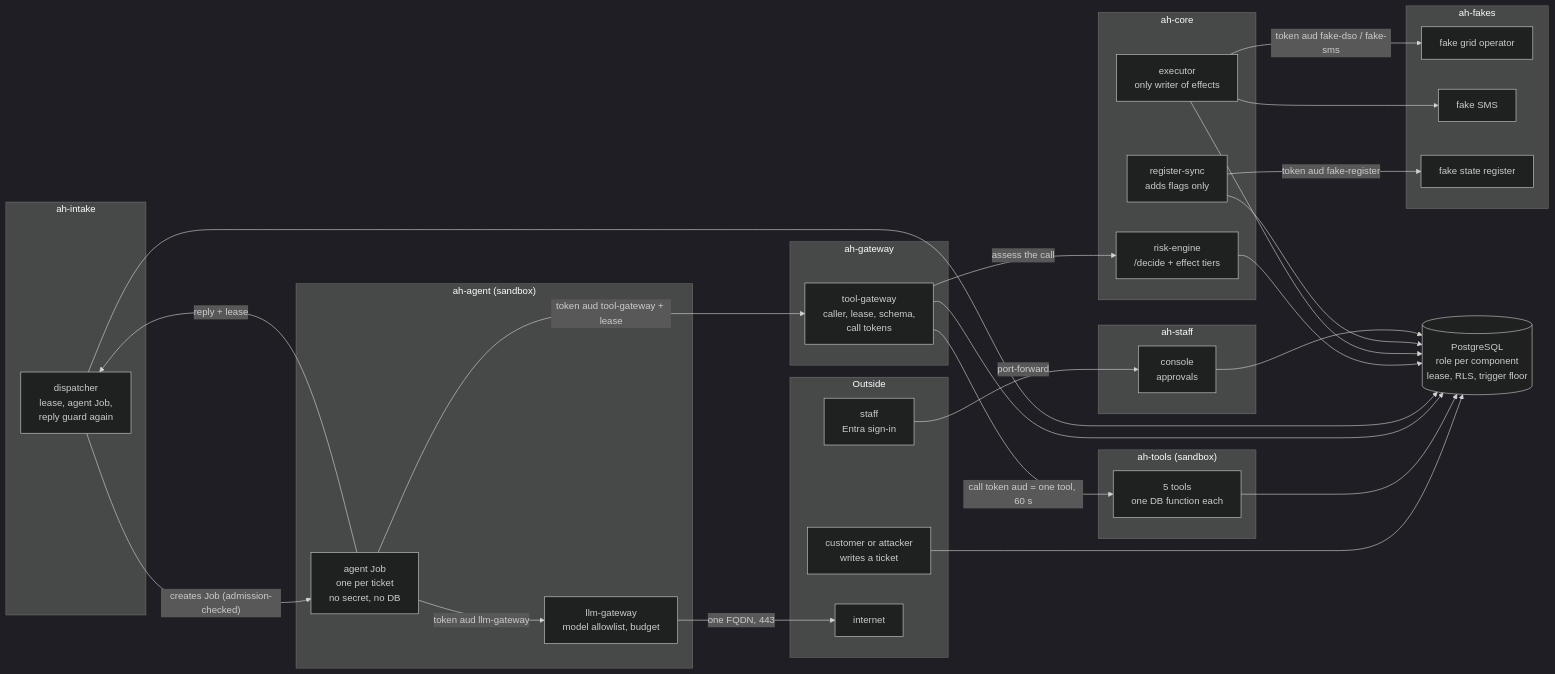
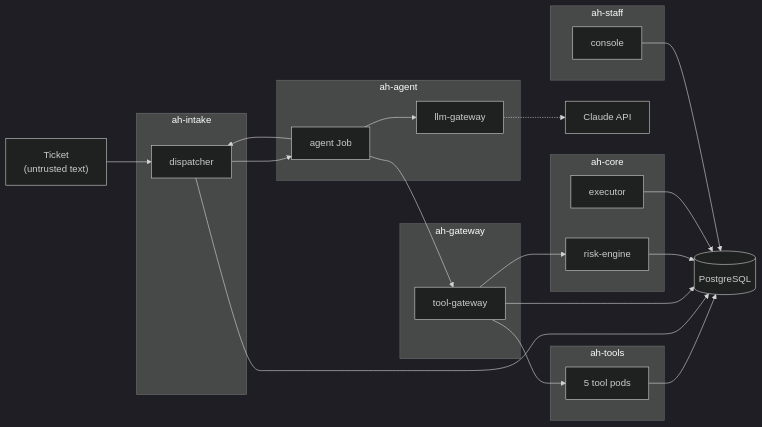
Before and after one commit to mikedemis1/assume-hijacked: the diagram in docs/architecture.md, drawn with Mermaid (dark theme). The commit also changed other lines of this file and 21 other files, not shown here.

````diff
--- a/docs/architecture.md
+++ b/docs/architecture.md
@@ -9,56 +5,38 @@
 ```mermaid
 flowchart LR
-    subgraph OUT["Outside"]
-        CUST["customer or attacker<br/>writes a ticket"]
-        STAFF["staff<br/>Entra sign-in"]
-        NET["internet"]
+    Ticket["Ticket<br/>(untrusted text)"] --> Dispatcher
+    subgraph intake["ah-intake"]
+        Dispatcher["dispatcher"]
     end
-
-    subgraph INTAKE["ah-intake"]
-        DISP["dispatcher<br/>lease, agent Job,<br/>reply guard again"]
+    subgraph agentns["ah-agent"]
+        Agent["agent Job"]
+        LLM["llm-gateway"]
     end
-    subgraph AGENT["ah-agent (sandbox)"]
-        AG["agent Job<br/>one per ticket<br/>no secret, no DB"]
-        LGW["llm-gateway<br/>model allowlist, budget"]
+    subgraph gw["ah-gateway"]
+        Gateway["tool-gateway"]
     end
-    subgraph GW["ah-gateway"]
-        TGW["tool-gateway<br/>caller, lease, schema,<br/>call tokens"]
+    subgraph core["ah-core"]
+        Risk["risk-engine"]
+        Executor["executor"]
     end
-    subgraph TOOLS["ah-tools (sandbox)"]
-        T["5 tools<br/>one DB function each"]
+    subgraph tools["ah-tools"]
+        Tools["5 tool pods"]
     end
-    subgraph CORE["ah-core"]
-        RISK["risk-engine<br/>/decide + effect tiers"]
-        EXEC["executor<br/>only writer of effects"]
-        SYNC["register-sync<br/>adds flags only"]
+    subgraph staff["ah-staff"]
+        Console["console"]
     end
-    subgraph STAFFNS["ah-staff"]
-        CON["console<br/>approvals"]
-    end
-    subgraph FAKES["ah-fakes"]
-        DSO["fake grid operator"]
-        SMS["fake SMS"]
-        REG["fake state register"]
-    end
-    DB[("PostgreSQL<br/>role per component<br/>lease, RLS, trigger floor")]
-
-    CUST --> DB
-    DISP -->|"creates Job (admission-checked)"| AG
-    AG -->|"token aud tool-gateway + lease"| TGW
-    AG -->|"token aud llm-gateway"| LGW
-    AG -->|"reply + lease"| DISP
-    TGW -->|"assess the call"| RISK
-    TGW -->|"call token aud = one tool, 60 s"| T
-    T --> DB
-    TGW --> DB
-    DISP --> DB
-    RISK --> DB
-    EXEC --> DB
-    SYNC --> DB
-    CON --> DB
-    EXEC -->|"token aud fake-dso / fake-sms"| DSO
-    EXEC --> SMS
-    SYNC -->|"token aud fake-register"| REG
-    STAFF -->|"port-forward"| CON
-    LGW -->|"one FQDN, 443"| NET
+    DB[("PostgreSQL")]
+    Dispatcher --> Agent
+    Agent --> Dispatcher
+    Agent --> LLM
+    LLM -.-> Claude["Claude API"]
+    Agent --> Gateway
+    Gateway --> Risk
+    Gateway --> Tools
+    Tools --> DB
+    Dispatcher --> DB
+    Gateway --> DB
+    Risk --> DB
+    Executor --> DB
+    Console --> DB
 ```
````
